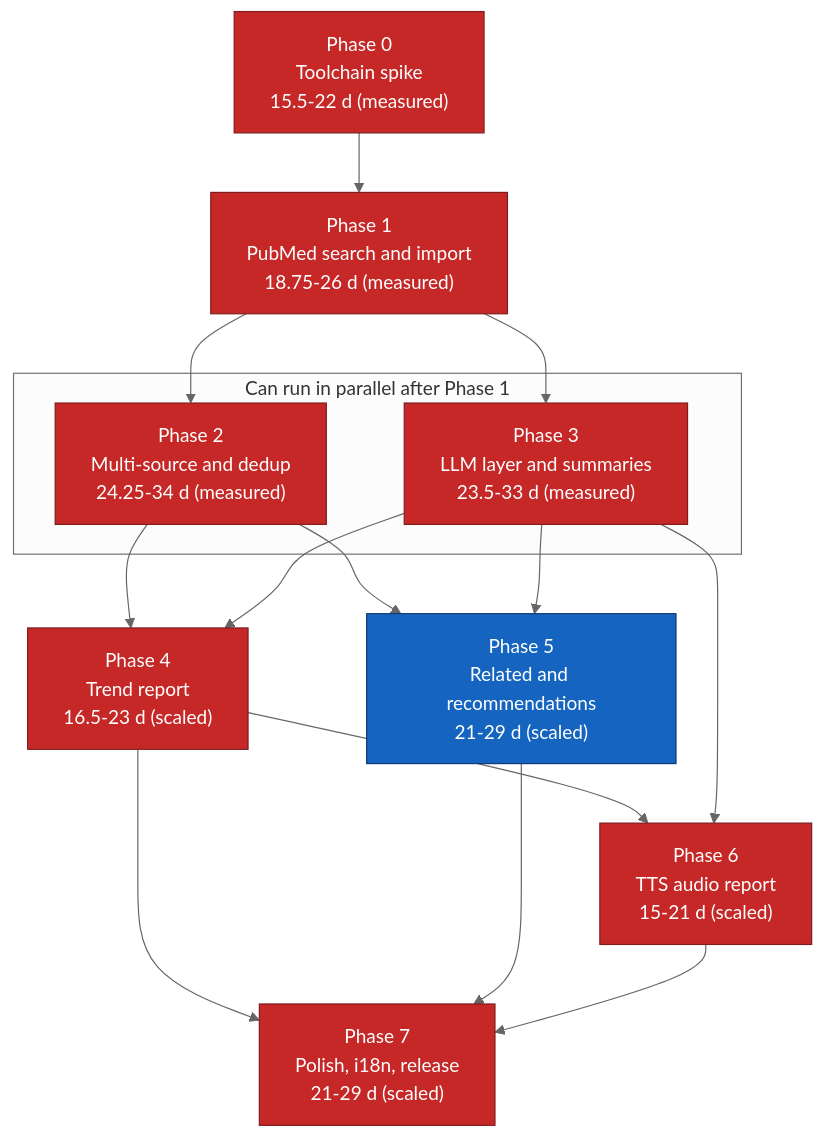
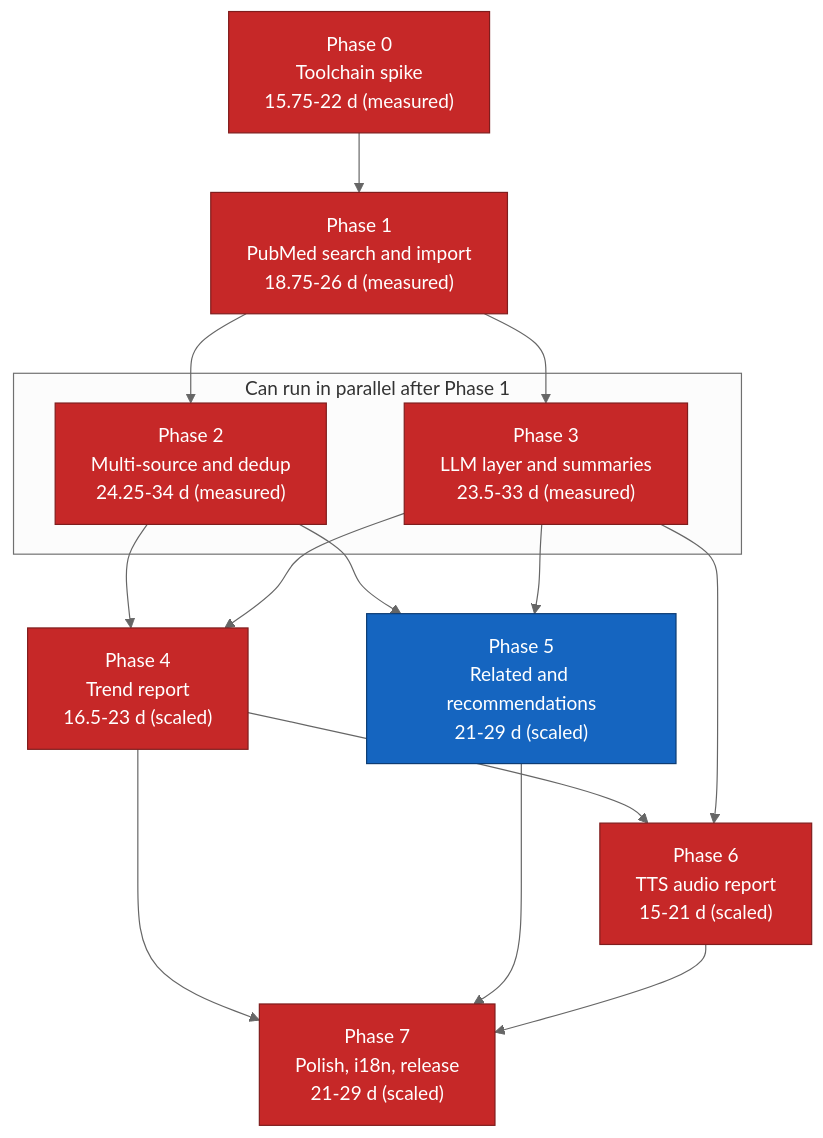
Before and after one commit to suppakoko/research_helper: the diagram in docs/11-implementation-roadmap.md, drawn with Mermaid (neutral theme). The commit also changed other lines of this file and 2 other files, not shown here.

````diff
--- a/docs/11-implementation-roadmap.md
+++ b/docs/11-implementation-roadmap.md
@@ -326,34 +326,34 @@
 ```mermaid
 graph TD
-    P0["Phase 0<br/>Toolchain spike<br/>15.5-22 d (measured)"]
+    P0["Phase 0<br/>Toolchain spike<br/>15.75-22 d (measured)"]
     P1["Phase 1<br/>PubMed search and import<br/>18.75-26 d (measured)"]
     P2["Phase 2<br/>Multi-source and dedup<br/>24.25-34 d (measured)"]
     P3["Phase 3<br/>LLM layer and summaries<br/>23.5-33 d (measured)"]
     P4["Phase 4<br/>Trend report<br/>16.5-23 d (scaled)"]
     P5["Phase 5<br/>Related and recommendations<br/>21-29 d (scaled)"]
     P6["Phase 6<br/>TTS audio report<br/>15-21 d (scaled)"]
     P7["Phase 7<br/>Polish, i18n, release<br/>21-29 d (scaled)"]
 
     P0 --> P1
     P1 --> P2
     P1 --> P3
     P2 --> P4
     P3 --> P4
     P2 --> P5
     P3 --> P5
     P4 --> P6
     P3 --> P6
     P4 --> P7
     P5 --> P7
     P6 --> P7
 
     subgraph parallel["Can run in parallel after Phase 1"]
         P2
         P3
     end
 
     classDef critical fill:#c62828,stroke:#7f1d1d,color:#ffffff
     classDef normal fill:#1565c0,stroke:#0d3c73,color:#ffffff
     class P0,P1,P2,P3,P4,P6,P7 critical
     class P5 normal
 ```
````
